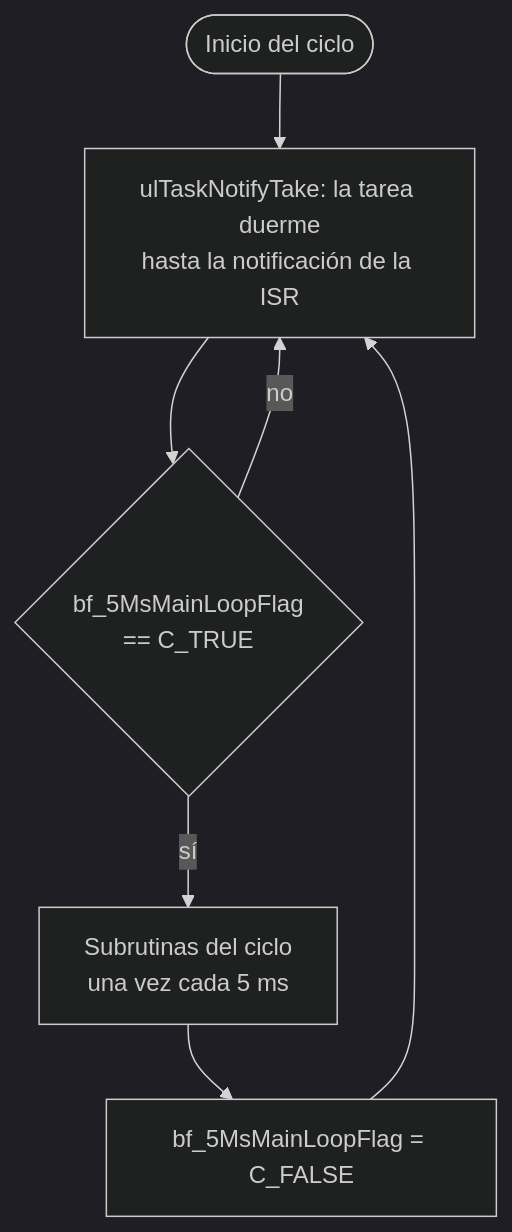
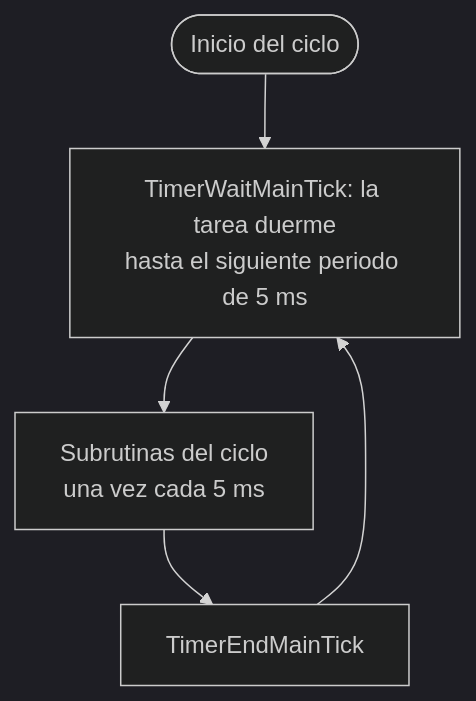
One commit to rodgutzal/Airsoft-MultipurposeGameModeTool changed the sixth of 6 diagrams in Sw/README.md. Above: the diagram before and after it, drawn with Mermaid (dark theme). The commit also changed other lines of this file and 8 other files, not shown here.

````diff
--- a/Sw/README.md
+++ b/Sw/README.md
@@ -229,9 +232,7 @@
 ```mermaid
 flowchart TD
-  A(["Inicio del ciclo"]) --> B["ulTaskNotifyTake: la tarea duerme<br/>hasta la notificación de la ISR"]
-  B --> C{"bf_5MsMainLoopFlag<br/>== C_TRUE"}
-  C -- no --> B
-  C -- sí --> D["Subrutinas del ciclo<br/>una vez cada 5 ms"]
-  D --> E["bf_5MsMainLoopFlag = C_FALSE"]
+  A(["Inicio del ciclo"]) --> B["TimerWaitMainTick: la tarea duerme<br/>hasta el siguiente periodo de 5 ms"]
+  B --> D["Subrutinas del ciclo<br/>una vez cada 5 ms"]
+  D --> E["TimerEndMainTick"]
   E --> B
 ```
````
